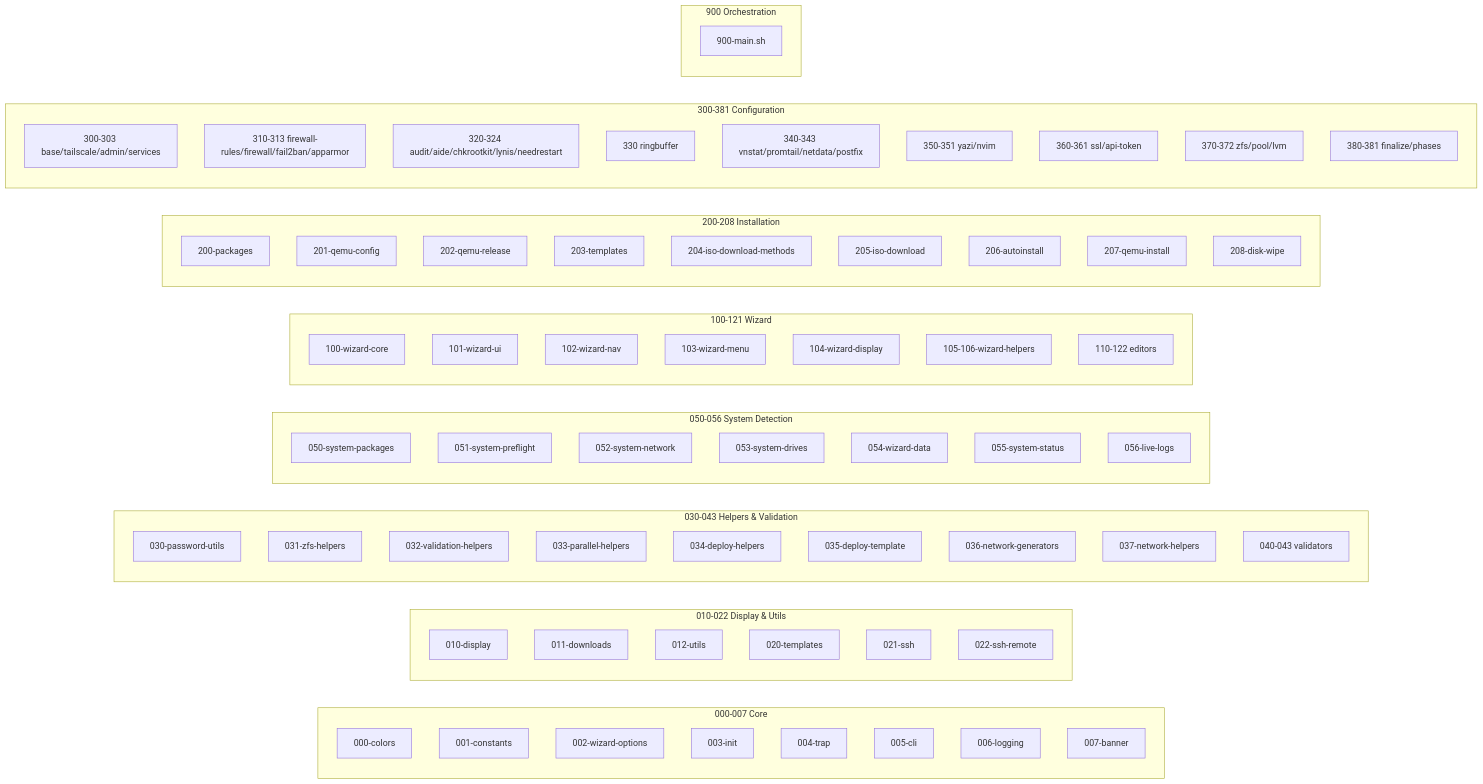
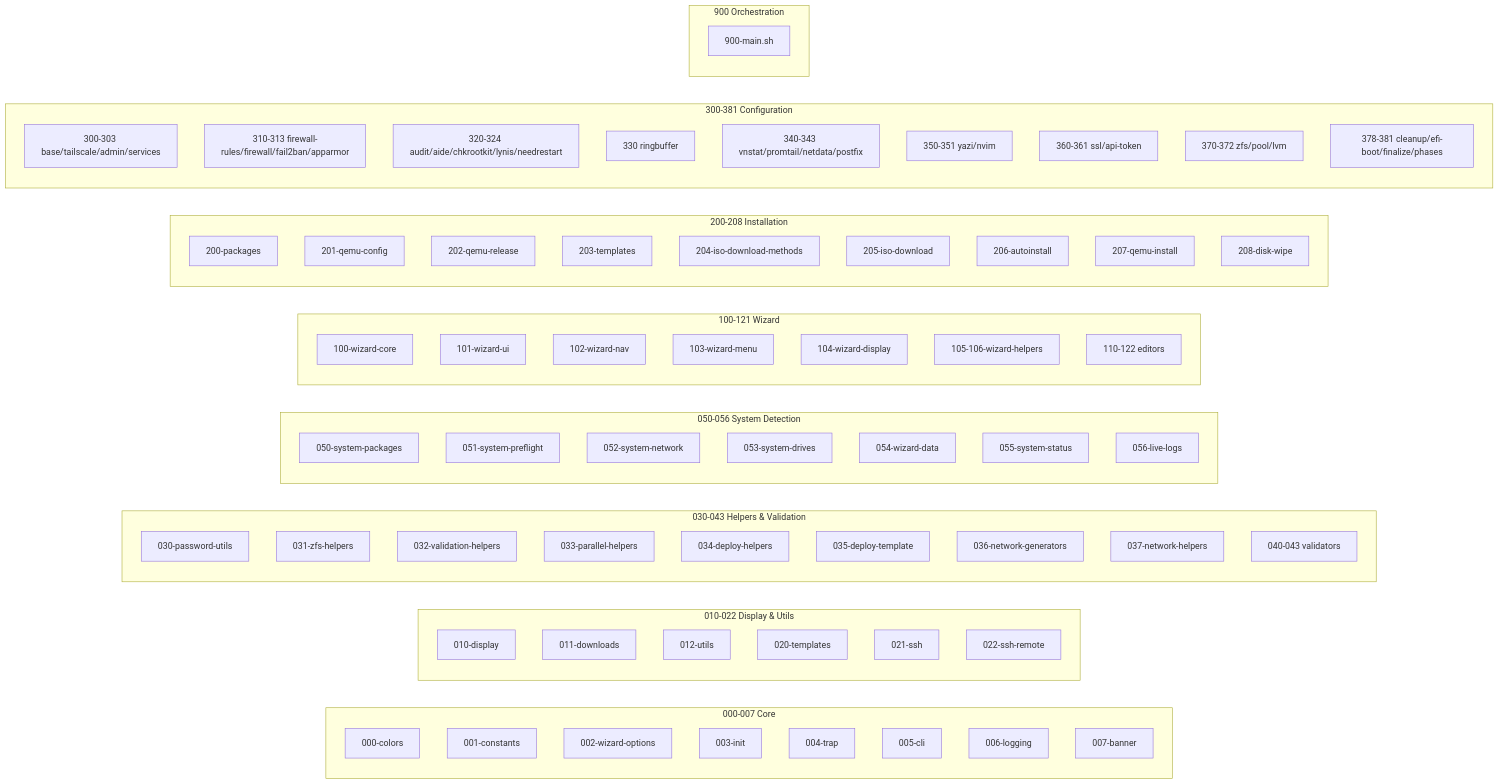
The third of 3 diagrams in wiki/Architecture.md (qoxi-cloud/proxmox-installer), drawn with Mermaid before and after one commit. The commit also changed other lines of this file and 1 other file, not shown here.

````diff
--- a/wiki/Architecture.md
+++ b/wiki/Architecture.md
@@ -239,82 +240,82 @@
 ```mermaid
 graph LR
     subgraph "000-007 Core"
         A[000-colors]
         B[001-constants]
         C[002-wizard-options]
         D[003-init]
         D2[004-trap]
         E[005-cli]
         F[006-logging]
         G[007-banner]
     end
 
     subgraph "010-022 Display & Utils"
         H[010-display]
         I[011-downloads]
         J[012-utils]
         K[020-templates]
         L[021-ssh]
         L2[022-ssh-remote]
     end
 
     subgraph "030-043 Helpers & Validation"
         M[030-password-utils]
         N[031-zfs-helpers]
         O[032-validation-helpers]
         P[033-parallel-helpers]
         Q[034-deploy-helpers]
         Q2[035-deploy-template]
         R[036-network-generators]
         R2[037-network-helpers]
         S[040-043 validators]
     end
 
     subgraph "050-056 System Detection"
         T[050-system-packages]
         U[051-system-preflight]
         V[052-system-network]
         W[053-system-drives]
         X[054-wizard-data]
         Y[055-system-status]
         Z[056-live-logs]
     end
 
     subgraph "100-121 Wizard"
         AA[100-wizard-core]
         AB[101-wizard-ui]
         AC[102-wizard-nav]
         AD[103-wizard-menu]
         AD2[104-wizard-display]
         AD3[105-106-wizard-helpers]
         AE[110-122 editors]
     end
 
     subgraph "200-208 Installation"
         AF[200-packages]
         AG[201-qemu-config]
         AG2[202-qemu-release]
         AH[203-templates]
         AI[204-iso-download-methods]
         AI2[205-iso-download]
         AJ[206-autoinstall]
         AJ2[207-qemu-install]
         AJ3[208-disk-wipe]
     end
 
     subgraph "300-381 Configuration"
         AK[300-303 base/tailscale/admin/services]
         AL[310-313 firewall-rules/firewall/fail2ban/apparmor]
         AM[320-324 audit/aide/chkrootkit/lynis/needrestart]
         AN[330 ringbuffer]
         AO[340-343 vnstat/promtail/netdata/postfix]
         AP[350-351 yazi/nvim]
         AQ[360-361 ssl/api-token]
         AR[370-372 zfs/pool/lvm]
-        AS[380-381 finalize/phases]
+        AS[378-381 cleanup/efi-boot/finalize/phases]
     end
 
     subgraph "900 Orchestration"
         AT[900-main.sh]
     end
 ```
````
